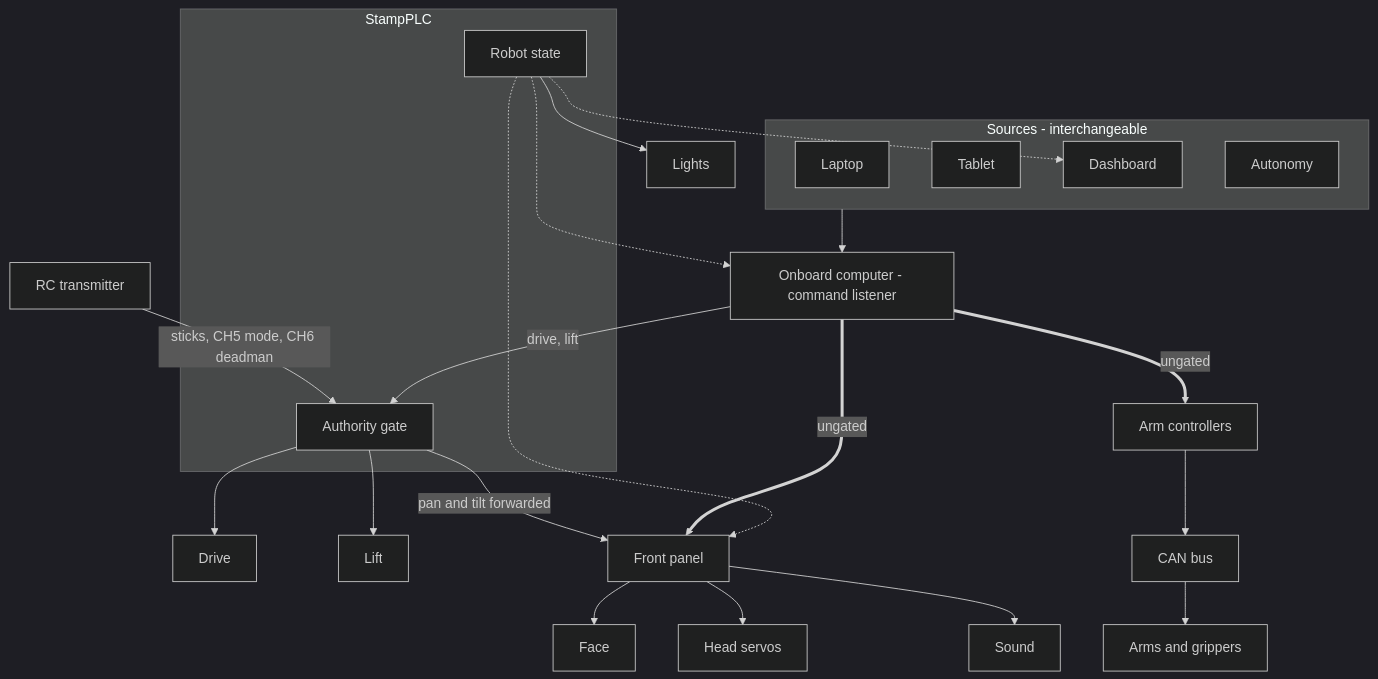
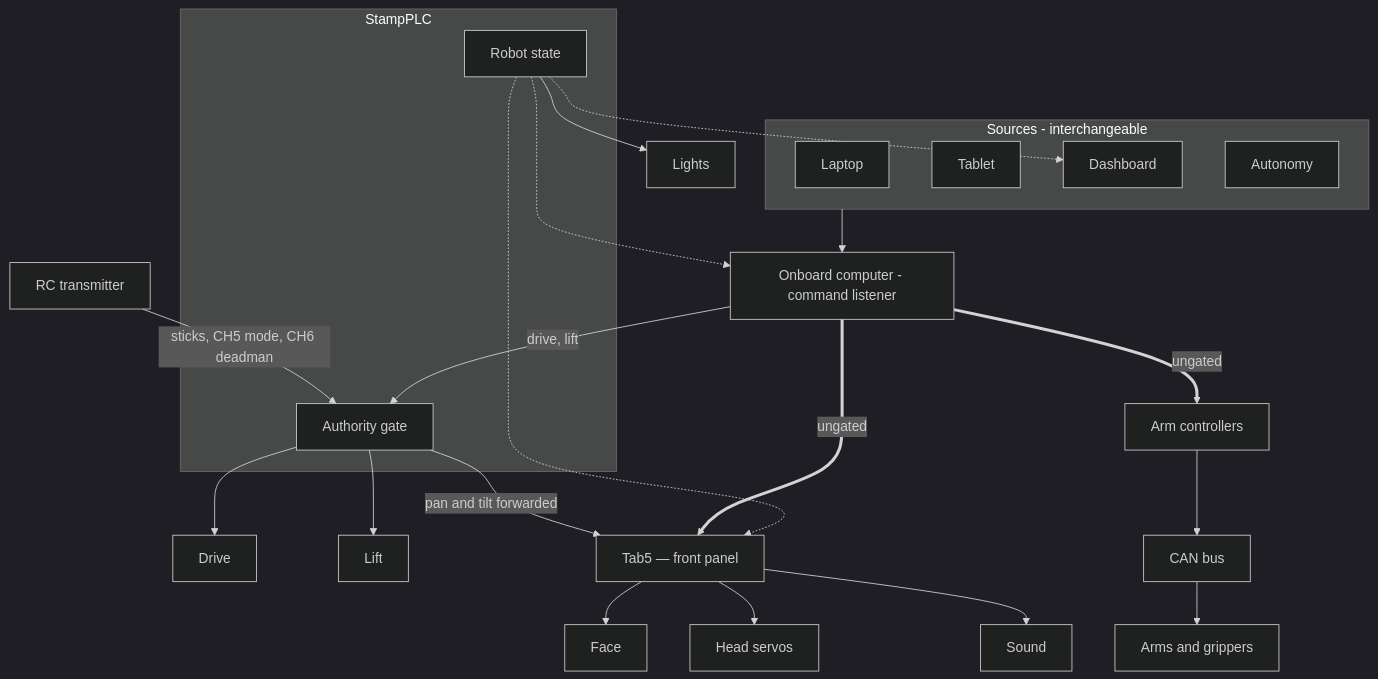
The diagram in docs/interfaces/command-telemetry.md (UW-Allen-School-Robotics/opendubs), drawn with Mermaid (dark theme) before and after one commit. The commit also changed other lines of this file and 7 other files, not shown here.

````diff
--- a/docs/interfaces/command-telemetry.md
+++ b/docs/interfaces/command-telemetry.md
@@ -16,37 +16,37 @@
 ```mermaid
 flowchart TB
   subgraph SRC["Sources - interchangeable"]
     L["Laptop"]
     TB["Tablet"]
     DB["Dashboard"]
     AG["Autonomy"]
   end
 
   SRC --> THOR["Onboard computer - command listener"]
 
   RC["RC transmitter"] -->|"sticks, CH5 mode, CH6 deadman"| AUTH
 
   subgraph PLC["StampPLC"]
     AUTH["Authority gate"]
     ST["Robot state"]
   end
 
   THOR -->|"drive, lift"| AUTH
   AUTH --> DRIVE["Drive"]
   AUTH --> LIFT["Lift"]
   AUTH -->|"pan and tilt forwarded"| TAB5
   ST --> LIGHT["Lights"]
 
-  THOR ==>|"ungated"| TAB5["Front panel"]
+  THOR ==>|"ungated"| TAB5["Tab5 — front panel"]
   THOR ==>|"ungated"| ARMCTL["Arm controllers"]
   ARMCTL --> CAN["CAN bus"]
   CAN --> ARMS["Arms and grippers"]
 
   TAB5 --> FACE["Face"]
   TAB5 --> HEAD["Head servos"]
   TAB5 --> SOUND["Sound"]
 
   ST -.-> TAB5
   ST -.-> THOR
   ST -.-> DB
 ```
````
